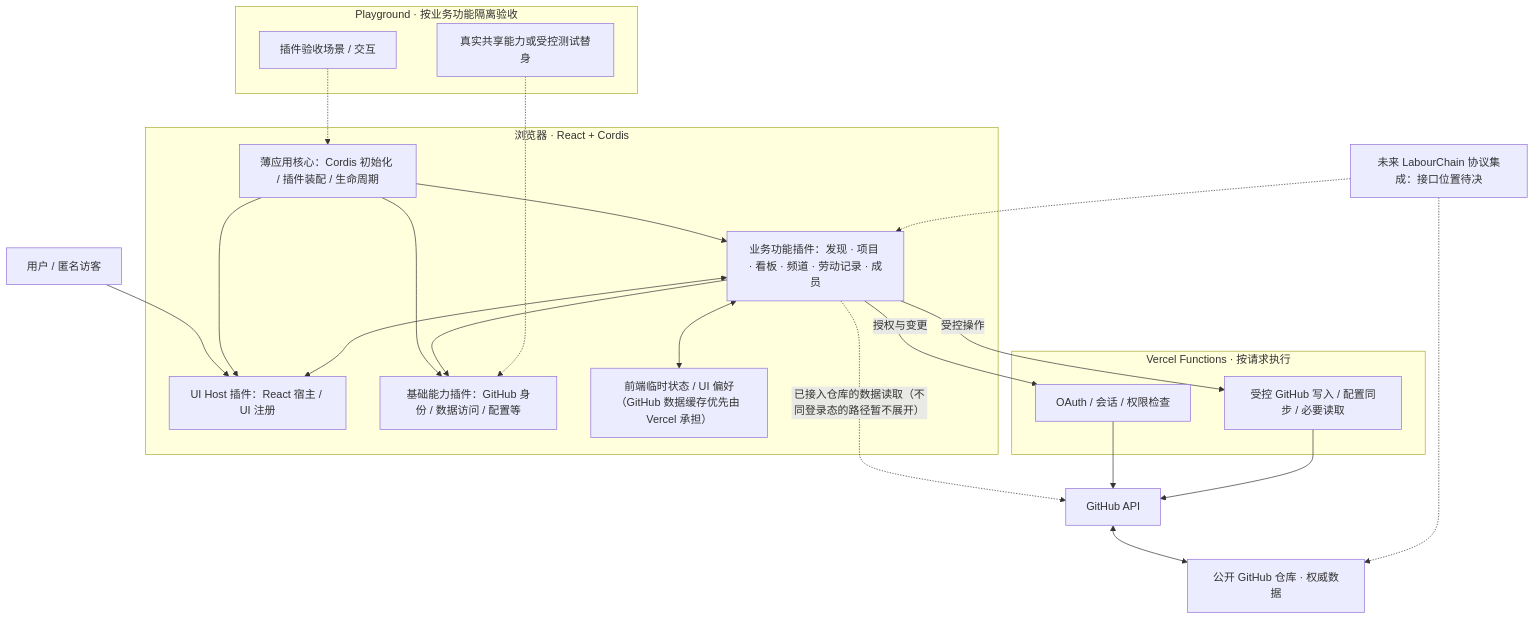
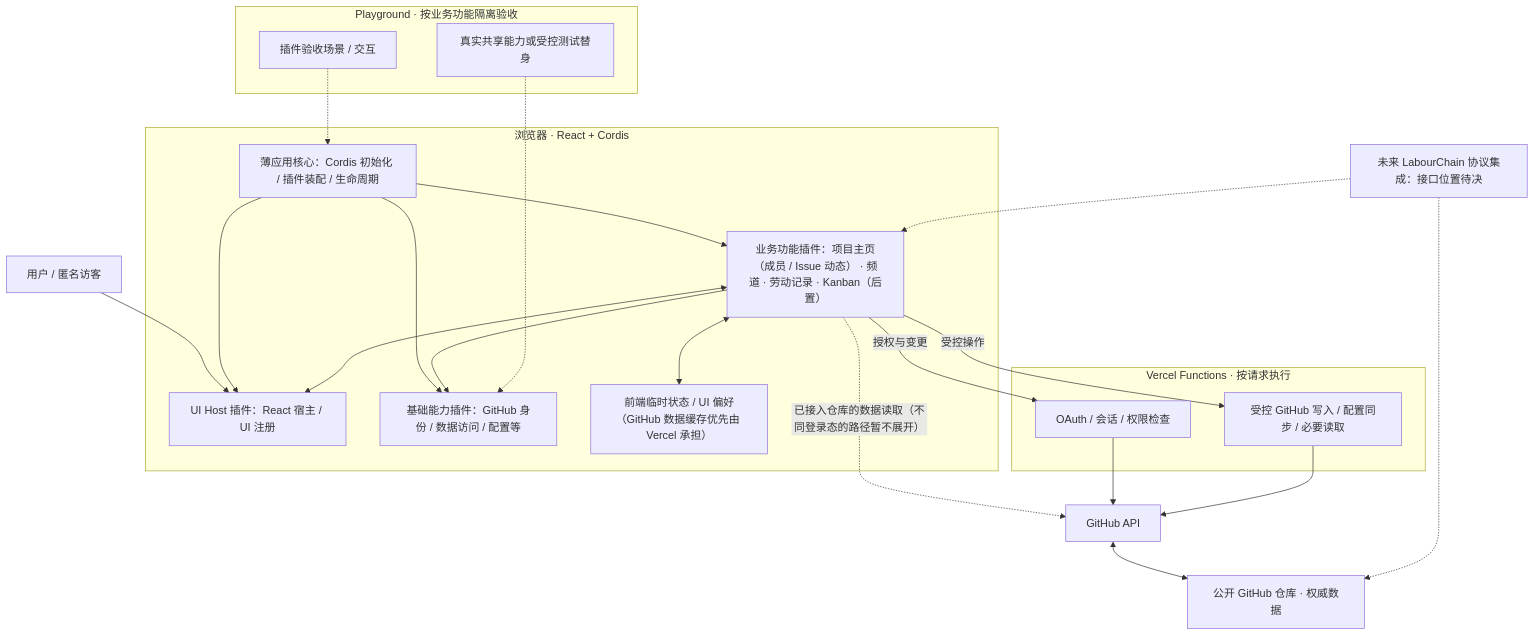
The diagram in docs/architecture.md (Ri0n72Y/hackathon-platform), drawn with Mermaid before and after one commit. The commit also changed other lines of this file, not shown here.

Commit message:
docs: sync team member and issue body dynamics architecture

````diff
--- a/docs/architecture.md
+++ b/docs/architecture.md
@@ -38,35 +38,35 @@
 ```mermaid
 flowchart TB
   User["用户 / 匿名访客"] --> UI
   subgraph Browser["浏览器 · React + Cordis"]
     Core["薄应用核心：Cordis 初始化 / 插件装配 / 生命周期"]
     UI["UI Host 插件：React 宿主 / UI 注册"]
     Shared["基础能力插件：GitHub 身份 / 数据访问 / 配置等"]
-    Features["业务功能插件：发现 · 项目 · 看板 · 频道 · 劳动记录 · 成员"]
+    Features["业务功能插件：项目主页（成员 / Issue 动态） · 频道 · 劳动记录 · Kanban（后置）"]
     State["前端临时状态 / UI 偏好（GitHub 数据缓存优先由 Vercel 承担）"]
     Core --> UI
     Core --> Shared
     Core --> Features
     Features <--> UI
     Features --> Shared
     Features <--> State
   end
   subgraph PG["Playground · 按业务功能隔离验收"]
     Cases["插件验收场景 / 交互"]
     Supports["真实共享能力或受控测试替身"]
   end
   Cases -.-> Core
   Supports -.-> Shared
   subgraph Server["Vercel Functions · 按请求执行"]
     Auth["OAuth / 会话 / 权限检查"]
     Ops["受控 GitHub 写入 / 配置同步 / 必要读取"]
   end
   Features -.->|"已接入仓库的数据读取（不同登录态的路径暂不展开）"| GH["GitHub API"]
   Features -->|"授权与变更"| Auth
   Features -->|"受控操作"| Ops
   Auth --> GH
   Ops --> GH
   GH <--> Repos["公开 GitHub 仓库 · 权威数据"]
   Future["未来 LabourChain 协议集成：接口位置待决"] -.-> Features
   Future -.-> Repos
 ```
````
